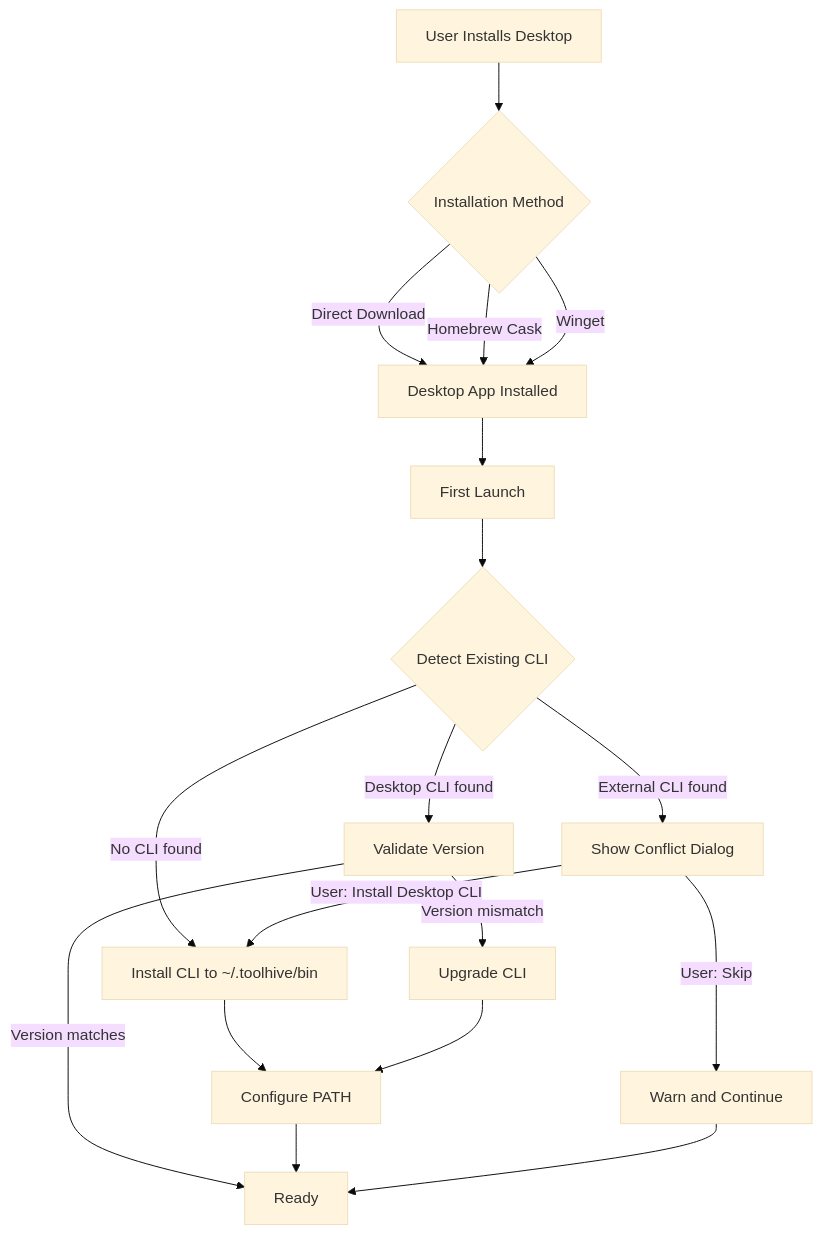
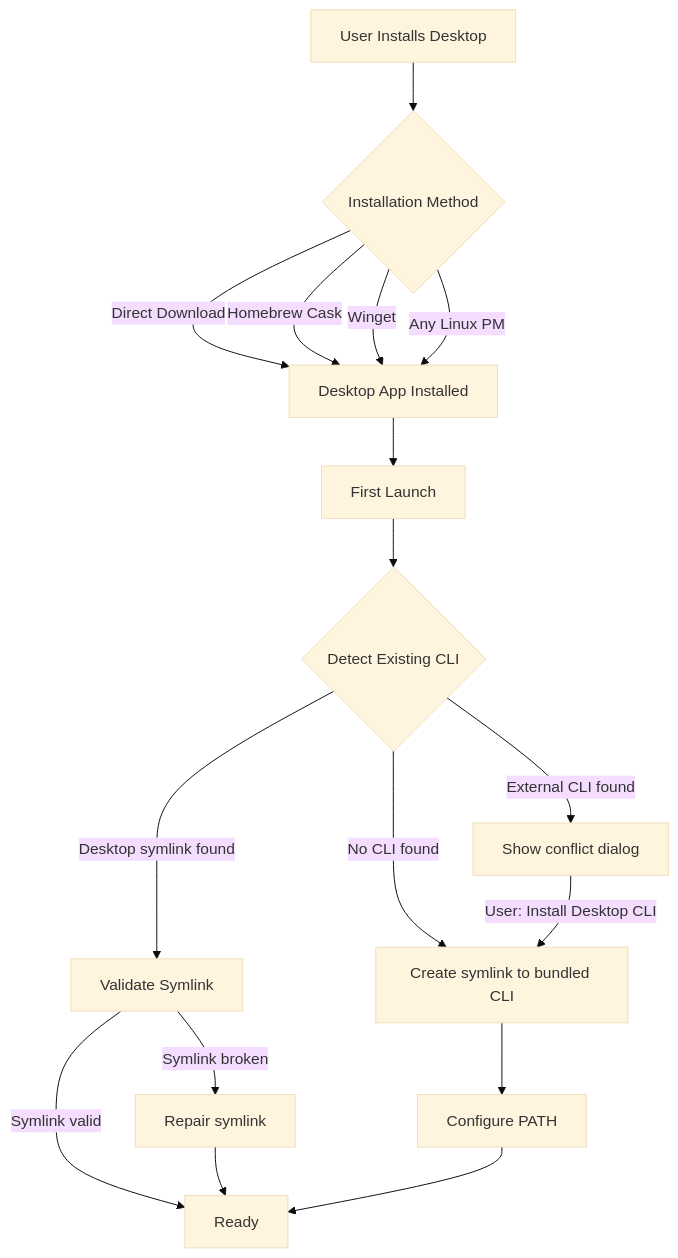
The first of 2 diagrams in rfcs/THV-0020-desktop-cli-version-alignment.md (stacklok/toolhive-rfcs), drawn with Mermaid (base theme) before and after one commit. The commit also changed other lines of this file, not shown here.

````diff
--- a/rfcs/THV-0020-desktop-cli-version-alignment.md
+++ b/rfcs/THV-0020-desktop-cli-version-alignment.md
@@ -127,26 +141,26 @@
 ```mermaid
 flowchart TD
     A[User Installs Desktop] --> B{Installation Method}
     
     B -->|Direct Download| C[Desktop App Installed]
     B -->|Homebrew Cask| C
     B -->|Winget| C
+    B -->|Any Linux PM| C
     
     C --> D[First Launch]
     D --> E{Detect Existing CLI}
     
-    E -->|No CLI found| F[Install CLI to ~/.toolhive/bin]
-    E -->|Desktop CLI found| G[Validate Version]
-    E -->|External CLI found| H[Show Conflict Dialog]
-    
-    G -->|Version matches| I[Ready]
-    G -->|Version mismatch| J[Upgrade CLI]
+    E -->|No CLI found| F[Create symlink to bundled CLI]
+    E -->|External CLI found| H[Show conflict dialog]
+    E -->|Desktop symlink found| G[Validate Symlink]
     
     H -->|User: Install Desktop CLI| F
-    H -->|User: Skip| K[Warn and Continue]
+    
+    G -->|Symlink valid| I[Ready]
+    G -->|Symlink broken| J[Repair symlink]
     
     F --> L[Configure PATH]
-    J --> L
+    J --> I
     L --> I
-    K --> I
+
 ```
````
